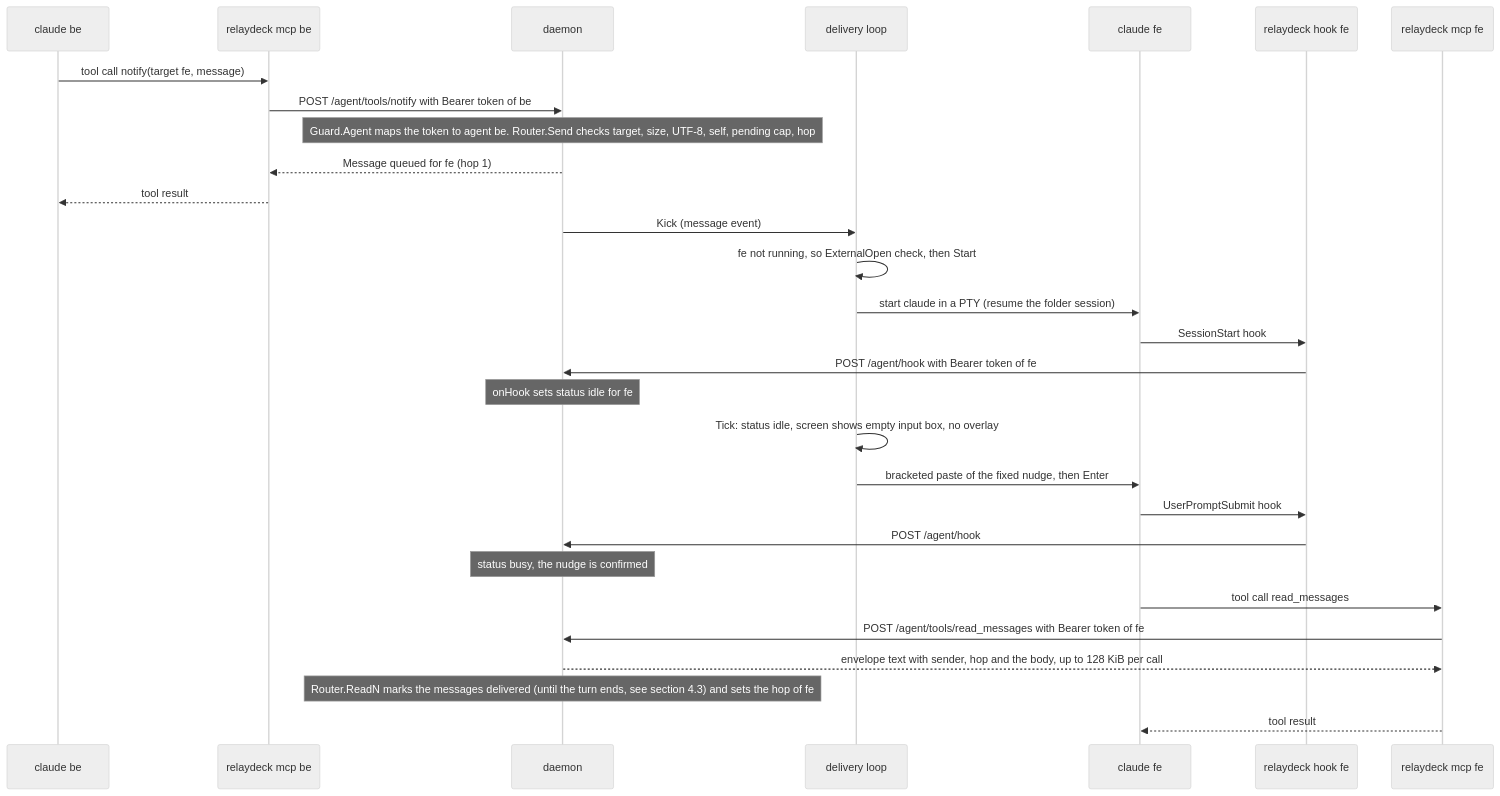
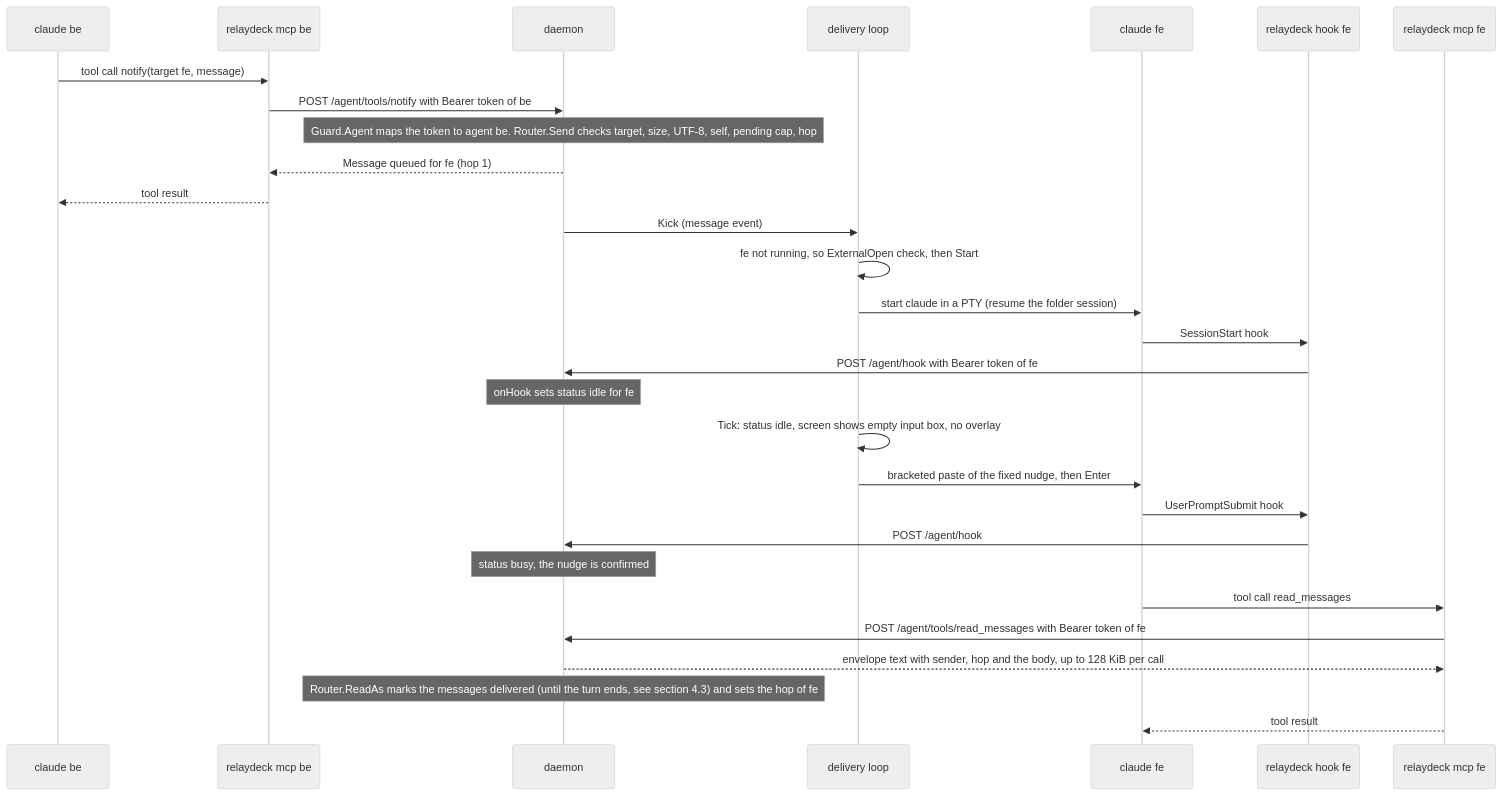
The fourth of 7 diagrams in docs/architecture.md (KarvinNanda/relaydeck), drawn with Mermaid (neutral theme) before and after one commit. The commit also changed other lines of this file and 2 other files, not shown here.

First line of the commit message:
docs: match README, guide and architecture to the current code

````diff
--- a/docs/architecture.md
+++ b/docs/architecture.md
@@ -232,32 +232,32 @@
 ```mermaid
 sequenceDiagram
   participant A as claude be
   participant MA as relaydeck mcp be
   participant D as daemon
   participant DL as delivery loop
   participant B as claude fe
   participant HB as relaydeck hook fe
   participant MB as relaydeck mcp fe
 
   A->>MA: tool call notify(target fe, message)
   MA->>D: POST /agent/tools/notify with Bearer token of be
   Note over D: Guard.Agent maps the token to agent be. Router.Send checks target, size, UTF-8, self, pending cap, hop
   D-->>MA: Message queued for fe (hop 1)
   MA-->>A: tool result
   D->>DL: Kick (message event)
   DL->>DL: fe not running, so ExternalOpen check, then Start
   DL->>B: start claude in a PTY (resume the folder session)
   B->>HB: SessionStart hook
   HB->>D: POST /agent/hook with Bearer token of fe
   Note over D: onHook sets status idle for fe
   DL->>DL: Tick: status idle, screen shows empty input box, no overlay
   DL->>B: bracketed paste of the fixed nudge, then Enter
   B->>HB: UserPromptSubmit hook
   HB->>D: POST /agent/hook
   Note over D: status busy, the nudge is confirmed
   B->>MB: tool call read_messages
   MB->>D: POST /agent/tools/read_messages with Bearer token of fe
   D-->>MB: envelope text with sender, hop and the body, up to 128 KiB per call
-  Note over D: Router.ReadN marks the messages delivered (until the turn ends, see section 4.3) and sets the hop of fe
+  Note over D: Router.ReadAs marks the messages delivered (until the turn ends, see section 4.3) and sets the hop of fe
   MB-->>B: tool result
 ```
````
